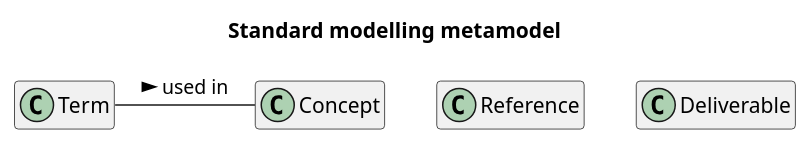
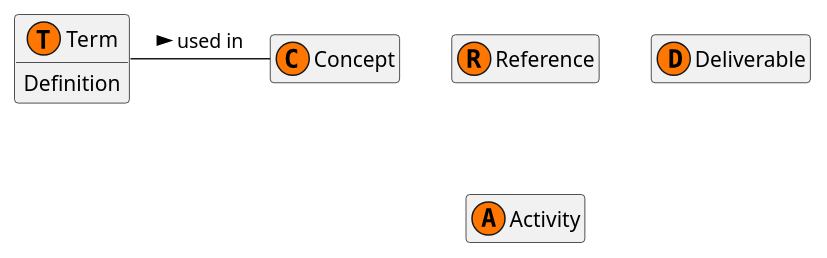
One commit to johnwelford/standardsModel changed the diagram in metamodel.puml. Above: the diagram before and after it, drawn with PlantUML.

```diff
--- a/metamodel.puml
+++ b/metamodel.puml
@@ -1,17 +1,28 @@
 @startuml
-title Standard modelling metamodel
+'title Standard modelling metamodel
 'scale 1000 width
 'skinparam packageStyle frame
 'skinparam linetype polyline
 'top to bottom direction
-hide members
+hide empty members
 'hide circle
 'hide stereotype 
 
-class term as "Term"
-class concept as "Concept"
-class reference as "Reference"
-class deliverable as "Deliverable"
+class term as "Term" << (T,#FF7700) >> {
+{field} Definition
+}
+class concept as "Concept"<< (C,#FF7700) >> {
+{field} 
+}
+class reference as "Reference" << (R,#FF7700) >> {
+{field} 
+}
+class deliverable as "Deliverable" << (D,#FF7700) >> {
+{field} 
+}
+class activity as "Activity" << (A,#FF7700) >> {
+{field} 
+}
 
 term - concept : used in >
 @enduml
```
